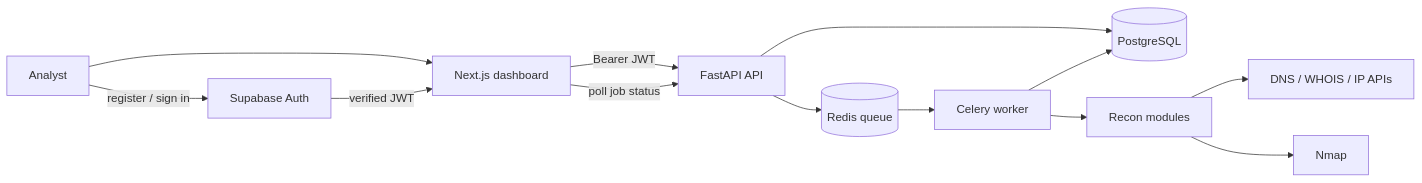
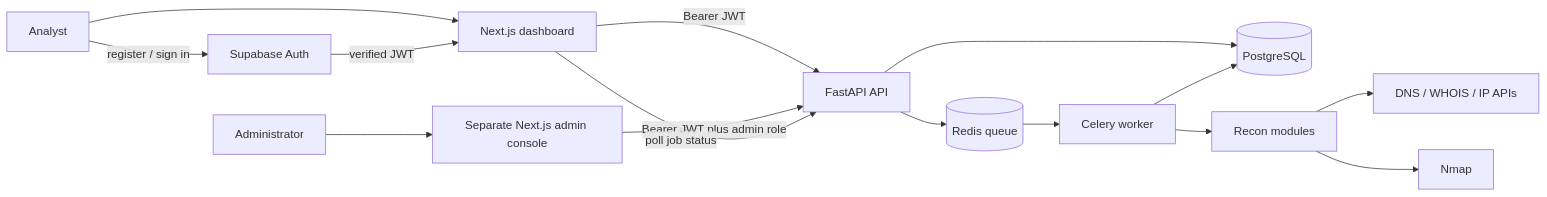
The diagram in README.md (Learnlife001/cyberrecon), drawn with Mermaid before and after one commit. The commit also changed other lines of this file and 15 other files, not shown here.

Commit message:
Isolate administrator console on separate app

````diff
--- a/README.md
+++ b/README.md
@@ -32,15 +33,17 @@
 ```mermaid
 flowchart LR
     U[Analyst] --> UI[Next.js dashboard]
+    A[Administrator] --> ADMIN[Separate Next.js admin console]
     U -->|register / sign in| AUTH[Supabase Auth]
     AUTH -->|verified JWT| UI
     UI -->|Bearer JWT| API[FastAPI API]
+    ADMIN -->|Bearer JWT plus admin role| API
     API --> DB[(PostgreSQL)]
     API --> Q[(Redis queue)]
     Q --> W[Celery worker]
     W --> R[Recon modules]
     R --> DNS[DNS / WHOIS / IP APIs]
     R --> NMAP[Nmap]
     W --> DB
     UI -->|poll job status| API
 ```
````
